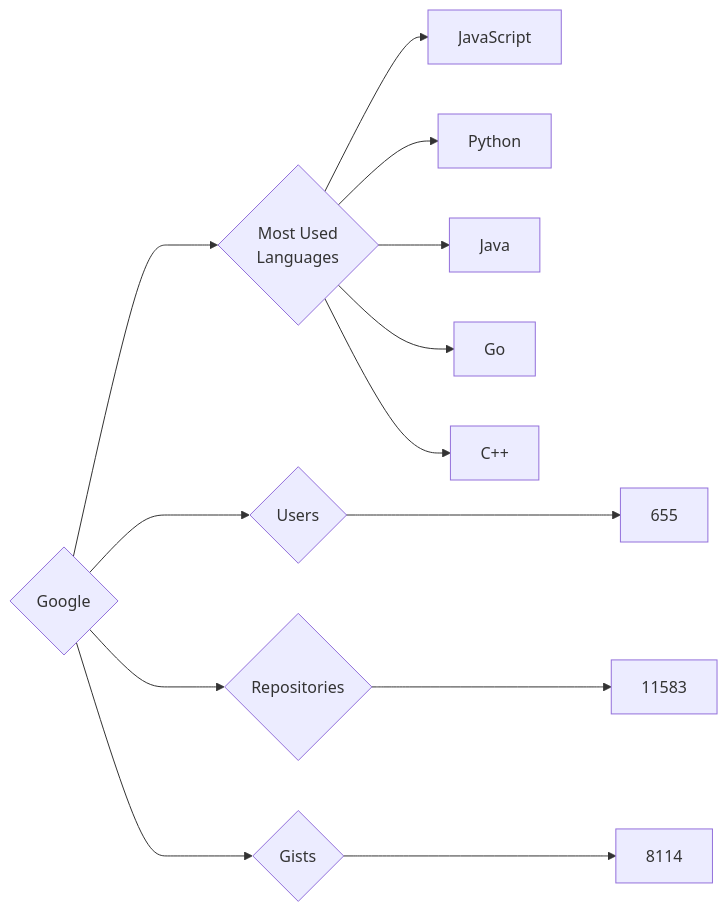
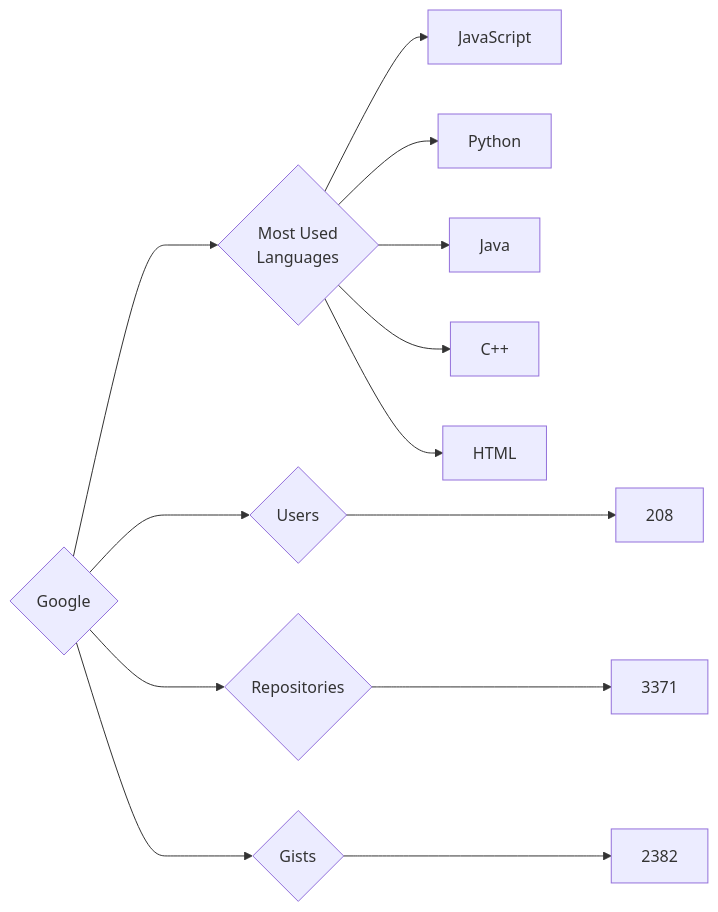
Before and after one commit to trickest/insiders: the diagram in targets/Google/README.md, drawn with Mermaid. The commit also changed 681 other files, not shown here.

````diff
--- a/targets/Google/README.md
+++ b/targets/Google/README.md
@@ -3,13 +3,13 @@
 ```mermaid
 graph LR
 COMPANY_NAME{Google}
-COMPANY_NAME ---> U{Users} ---> UN[655]
-COMPANY_NAME ---> R{Repositories} ---> RN[11583]
-COMPANY_NAME ---> G{Gists} ---> GN[8114]
+COMPANY_NAME ---> U{Users} ---> UN[208]
+COMPANY_NAME ---> R{Repositories} ---> RN[3371]
+COMPANY_NAME ---> G{Gists} ---> GN[2382]
 COMPANY_NAME ---> ML{Most Used<br>Languages}
 ML --> JavaScript[JavaScript]
 ML --> Python[Python]
 ML --> Java[Java]
-ML --> Go[Go]
 ML --> C++[C++]
+ML --> HTML[HTML]
 ```
````
